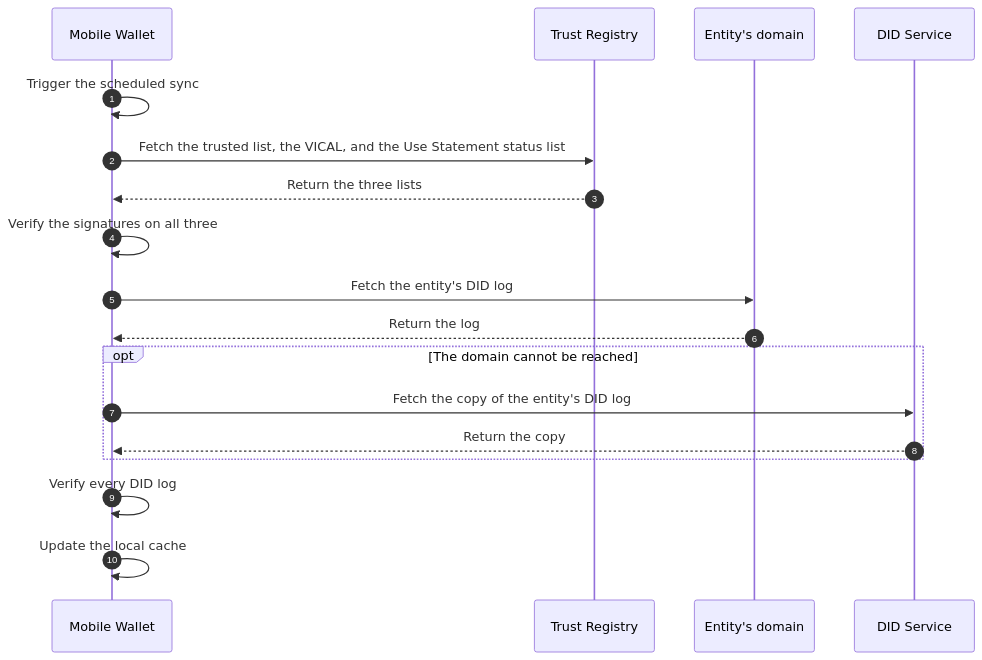
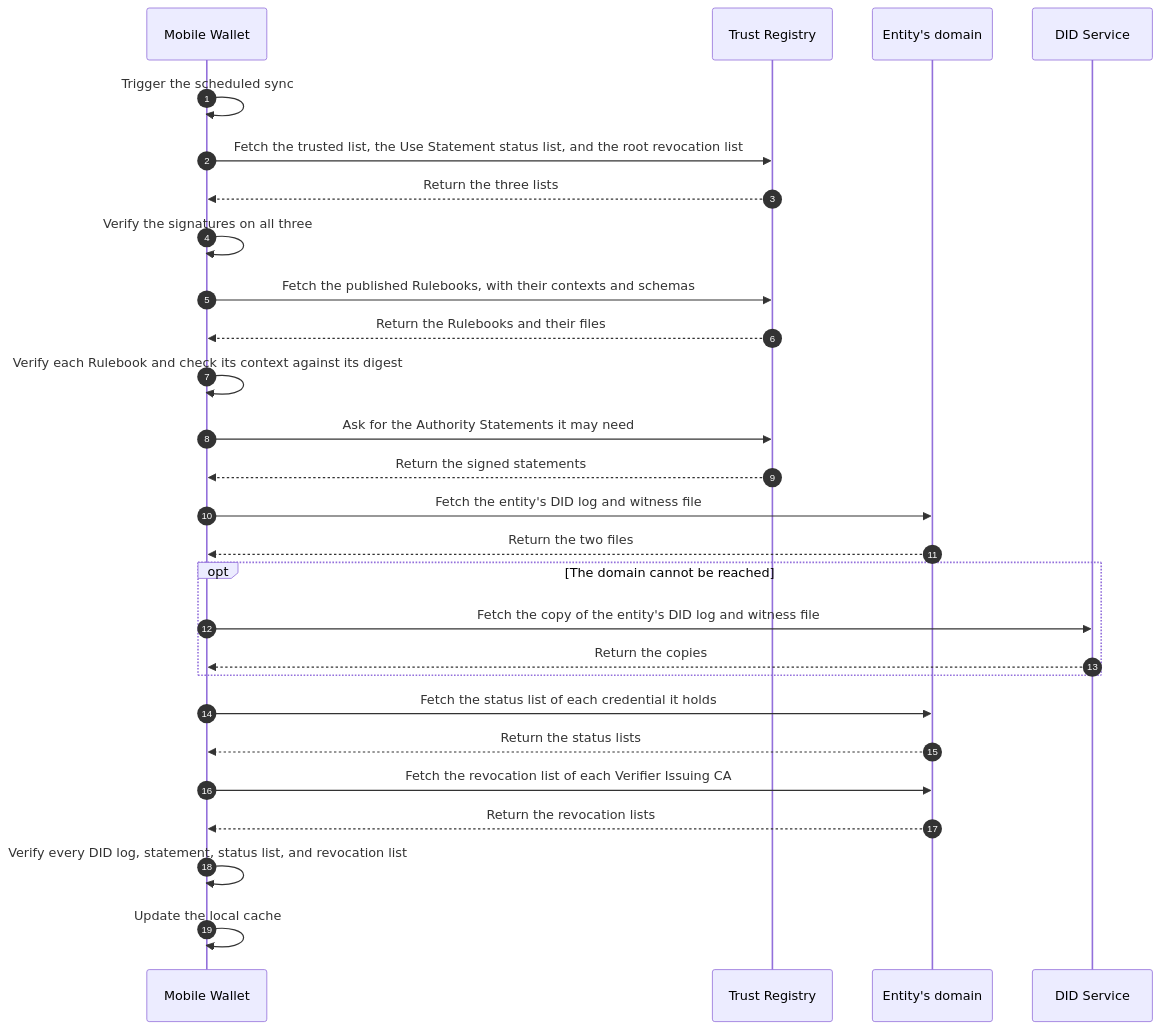
Before and after one commit to id-verifiable-credential-dev/id-doc-idctf: the sixth of 14 diagrams in docs/architecture-framework/high-level-architecture/flows-per-use-case.md, drawn with Mermaid. The commit also changed other lines of this file and 158 other files, not shown here.

````diff
--- a/docs/architecture-framework/high-level-architecture/flows-per-use-case.md
+++ b/docs/architecture-framework/high-level-architecture/flows-per-use-case.md
@@ -437,20 +464,29 @@
 ```mermaid
 sequenceDiagram
     autonumber
     participant MW as Mobile Wallet
     participant TR as Trust Registry
     participant Dom as Entity's domain
     participant DID as DID Service
     MW->>MW: Trigger the scheduled sync
-    MW->>TR: Fetch the trusted list, the VICAL, and the Use Statement status list
+    MW->>TR: Fetch the trusted list, the Use Statement status list, and the root revocation list
     TR-->>MW: Return the three lists
     MW->>MW: Verify the signatures on all three
-    MW->>Dom: Fetch the entity's DID log
-    Dom-->>MW: Return the log
+    MW->>TR: Fetch the published Rulebooks, with their contexts and schemas
+    TR-->>MW: Return the Rulebooks and their files
+    MW->>MW: Verify each Rulebook and check its context against its digest
+    MW->>TR: Ask for the Authority Statements it may need
+    TR-->>MW: Return the signed statements
+    MW->>Dom: Fetch the entity's DID log and witness file
+    Dom-->>MW: Return the two files
     opt The domain cannot be reached
-        MW->>DID: Fetch the copy of the entity's DID log
-        DID-->>MW: Return the copy
+        MW->>DID: Fetch the copy of the entity's DID log and witness file
+        DID-->>MW: Return the copies
     end
-    MW->>MW: Verify every DID log
+    MW->>Dom: Fetch the status list of each credential it holds
+    Dom-->>MW: Return the status lists
+    MW->>Dom: Fetch the revocation list of each Verifier Issuing CA
+    Dom-->>MW: Return the revocation lists
+    MW->>MW: Verify every DID log, statement, status list, and revocation list
     MW->>MW: Update the local cache
 ```
````
